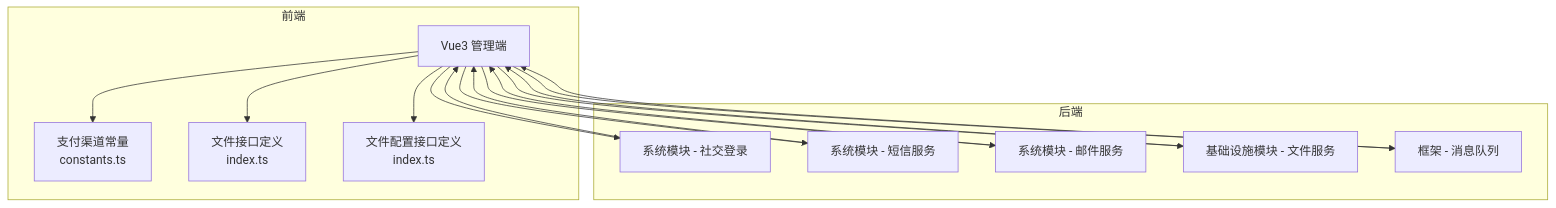
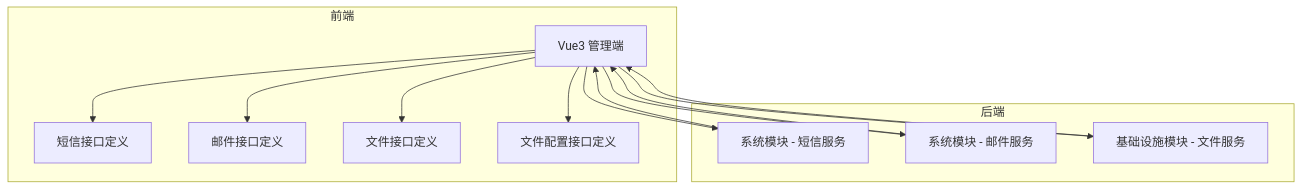
Before and after one commit to xiaoche80s-tech/rouyi-vue-pro: the first of 5 diagrams in .qoder/repowiki/zh/content/扩展开发/第三方系统集成/第三方系统集成.md, drawn with Mermaid. The commit also changed other lines of this file and 515 other files, not shown here.

````diff
--- a/.qoder/repowiki/zh/content/扩展开发/第三方系统集成/第三方系统集成.md
+++ b/.qoder/repowiki/zh/content/扩展开发/第三方系统集成/第三方系统集成.md
@@ -46,29 +58,25 @@
 ```mermaid
 graph TB
 subgraph "前端"
 FE_UI["Vue3 管理端"]
-FE_PAY["支付渠道常量<br/>constants.ts"]
-FE_FILE_API["文件接口定义<br/>index.ts"]
-FE_FILE_CONFIG_API["文件配置接口定义<br/>index.ts"]
+FE_SMS_API["短信接口定义"]
+FE_MAIL_API["邮件接口定义"]
+FE_FILE_API["文件接口定义"]
+FE_FILE_CONFIG_API["文件配置接口定义"]
 end
 subgraph "后端"
-SYS_SOCIAL["系统模块 - 社交登录"]
 SYS_SMS["系统模块 - 短信服务"]
 SYS_MAIL["系统模块 - 邮件服务"]
 INFRA_FILE["基础设施模块 - 文件服务"]
-FRAME_MQ["框架 - 消息队列"]
 end
-FE_UI --> FE_PAY
+FE_UI --> FE_SMS_API
+FE_UI --> FE_MAIL_API
 FE_UI --> FE_FILE_API
 FE_UI --> FE_FILE_CONFIG_API
-FE_UI --> SYS_SOCIAL
 FE_UI --> SYS_SMS
 FE_UI --> SYS_MAIL
 FE_UI --> INFRA_FILE
-FE_UI --> FRAME_MQ
-SYS_SOCIAL --> FE_UI
 SYS_SMS --> FE_UI
 SYS_MAIL --> FE_UI
 INFRA_FILE --> FE_UI
-FRAME_MQ --> FE_UI
 ```
````
